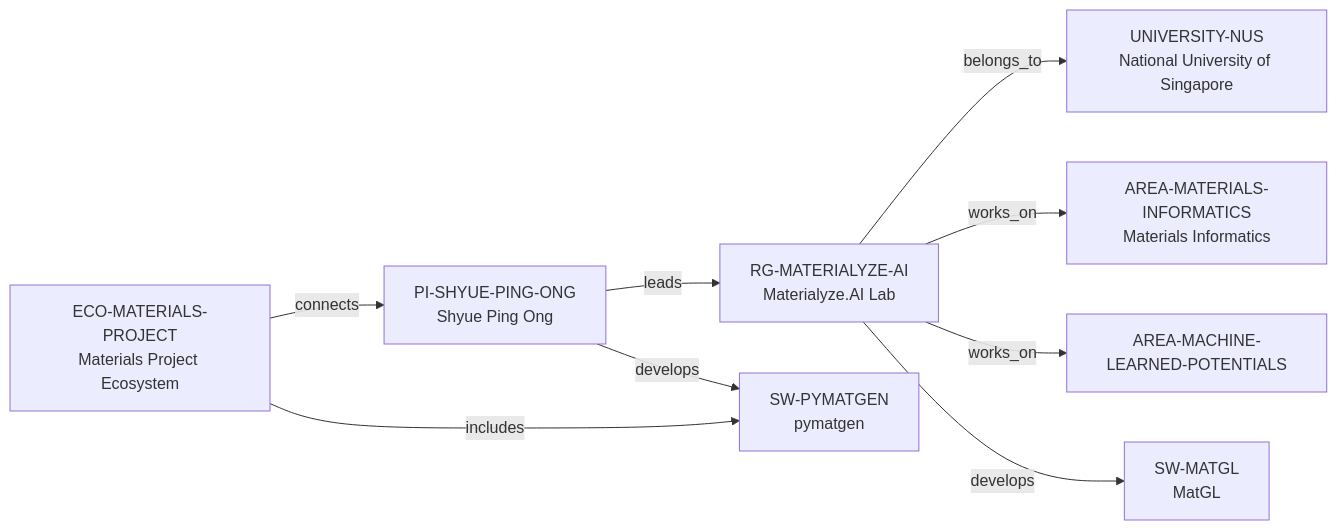
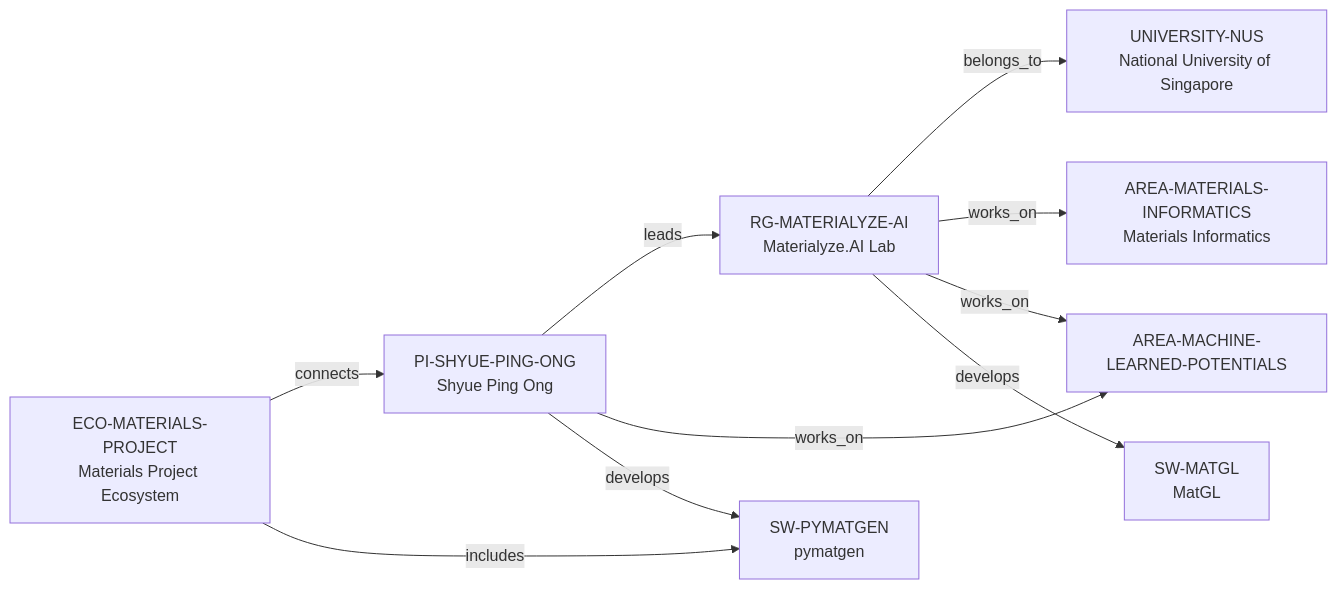
The diagram in docs/materialyze-ai-intelligence-vertical-slice.md (akin-oz/research-landscape), drawn with Mermaid before and after one commit. The commit also changed other lines of this file and 18 other files, not shown here.

````diff
--- a/docs/materialyze-ai-intelligence-vertical-slice.md
+++ b/docs/materialyze-ai-intelligence-vertical-slice.md
@@ -24,11 +24,12 @@
 ```mermaid
 flowchart LR
   PI["PI-SHYUE-PING-ONG\nShyue Ping Ong"] -->|"leads"| RG["RG-MATERIALYZE-AI\nMaterialyze.AI Lab"]
   RG -->|"belongs_to"| UNI["UNIVERSITY-NUS\nNational University of Singapore"]
   RG -->|"works_on"| AREA["AREA-MATERIALS-INFORMATICS\nMaterials Informatics"]
   RG -->|"works_on"| MLP["AREA-MACHINE-LEARNED-POTENTIALS"]
   RG -->|"develops"| MATGL["SW-MATGL\nMatGL"]
+  PI -->|"works_on"| MLP
   PI -->|"develops"| SW["SW-PYMATGEN\npymatgen"]
   ECO["ECO-MATERIALS-PROJECT\nMaterials Project Ecosystem"] -->|"connects"| PI
   ECO -->|"includes"| SW
 ```
````
